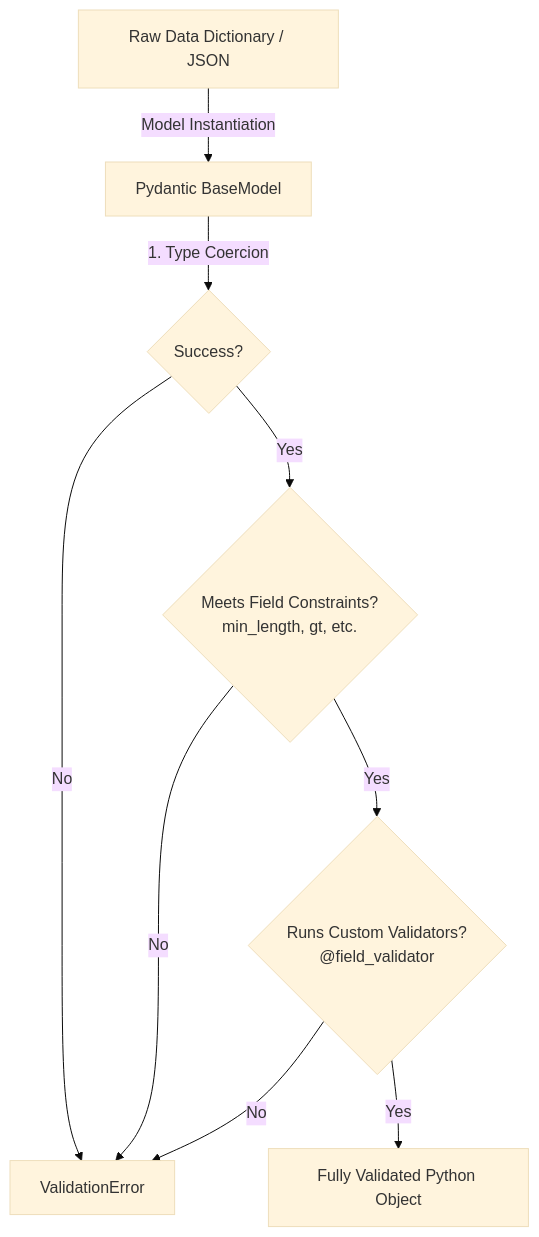
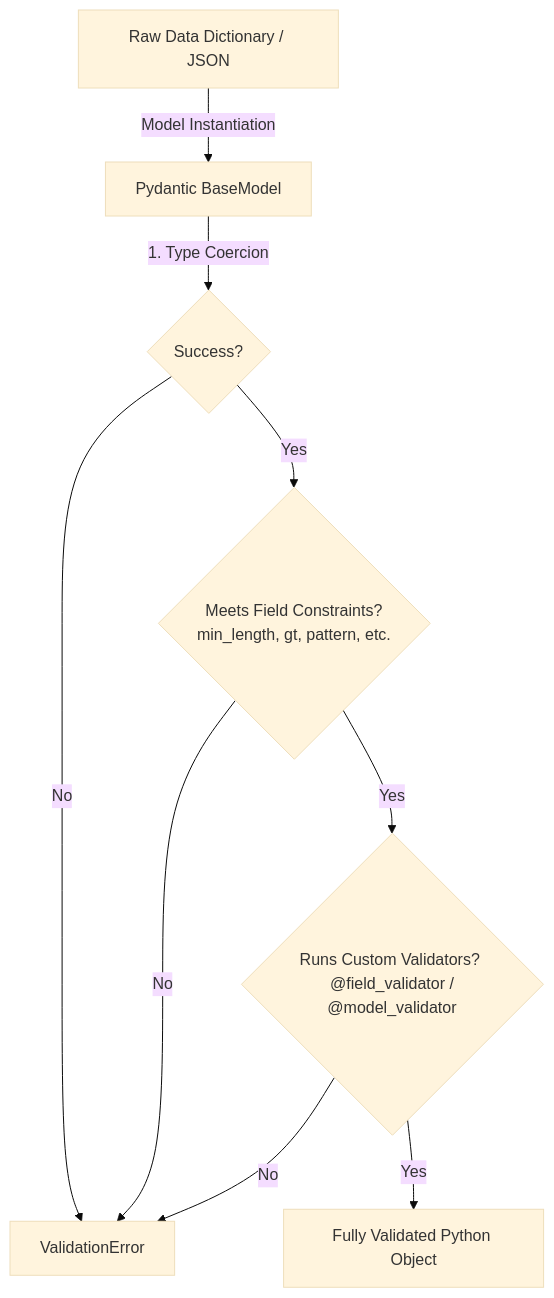
One commit to niteshkumarvarma30/AI-Engineering-Docs changed the diagram in Pydantic/Pydantic Introduction.md. Above: the diagram before and after it, drawn with Mermaid (base theme). The commit also changed other lines of this file, not shown here.

````diff
--- a/Pydantic/Pydantic Introduction.md
+++ b/Pydantic/Pydantic Introduction.md
@@ -92,11 +13,11 @@
 ```mermaid
 graph TD
     Data[Raw Data Dictionary / JSON] -->|Model Instantiation| Model[Pydantic BaseModel]
     Model -->|1. Type Coercion| Coercion{Success?}
     Coercion -->|No| Err[ValidationError]
-    Coercion -->|Yes| Constraint{Meets Field Constraints? <br/> min_length, gt, etc.}
+    Coercion -->|Yes| Constraint{Meets Field Constraints? <br/> min_length, gt, pattern, etc.}
     Constraint -->|No| Err
-    Constraint -->|Yes| Custom{Runs Custom Validators? <br/> @field_validator}
+    Constraint -->|Yes| Custom{Runs Custom Validators? <br/> @field_validator / @model_validator}
     Custom -->|No| Err
     Custom -->|Yes| Valid[Fully Validated Python Object]
 ```
````
